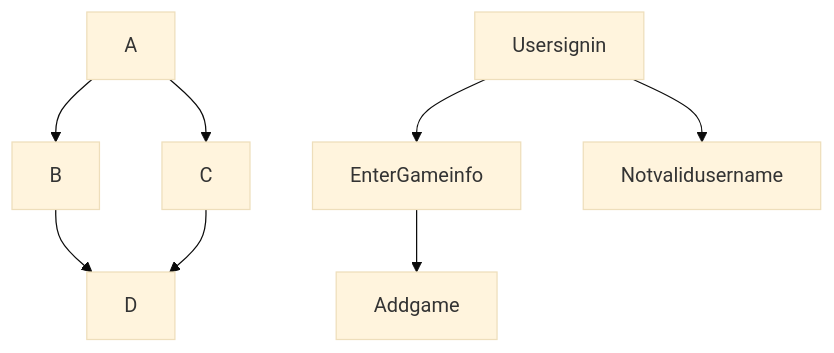
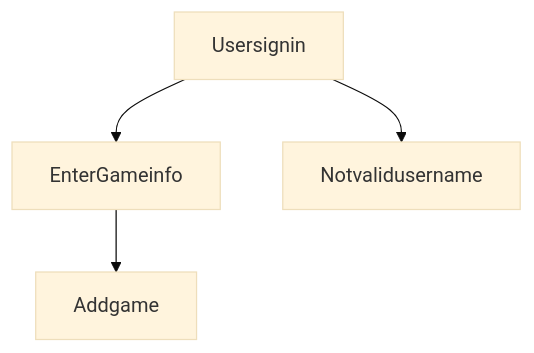
Before and after one commit to JackHarding88/dfe-project: the diagram in README.md, drawn with Mermaid (base theme).

````diff
--- a/README.md
+++ b/README.md
@@ -3,11 +3,8 @@
 ```mermaid
   graph TD;
-      A-->B;
-      A-->C;
-      B-->D;
-      C-->D;
+   
       
        Usersignin-->EnterGameinfo;
        Usersignin-->Notvalidusername;
        EnterGameinfo-->Addgame;
 ```
````
